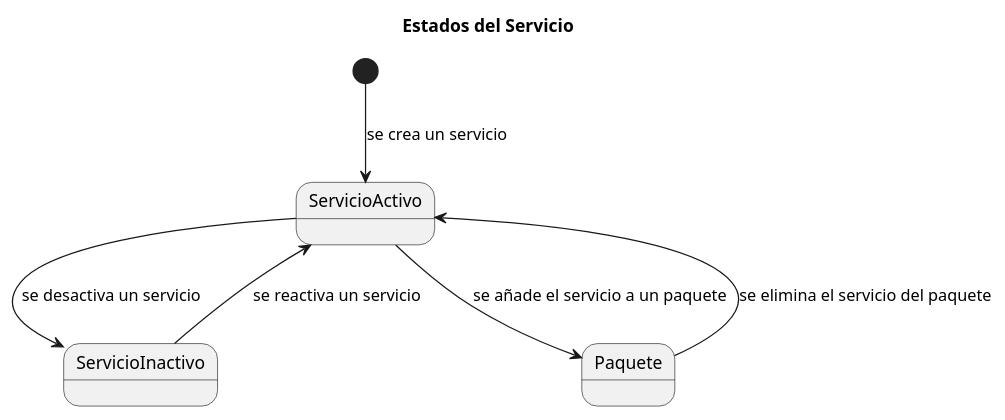
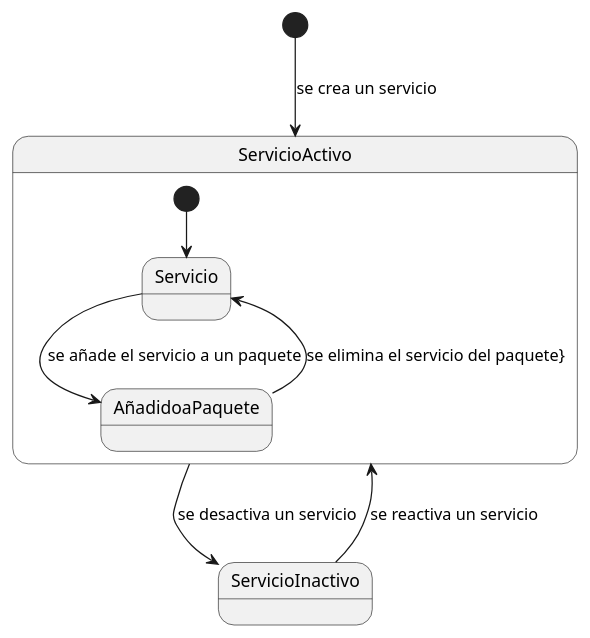
One commit to mmasias/23-24-IdSw1-SDR changed the diagram in Modelo_de_Dominio/Diagramas_de_Estado/Cuarta_Iteración/Servicios/Diagrama_de_Estados_Servicios.puml. Above: the diagram before and after it, drawn with PlantUML. The commit also changed 1 other file, not shown here.

Commit message:
2º iteración diagrama de estados de servicios

```diff
--- a/Modelo_de_Dominio/Diagramas_de_Estado/Cuarta_Iteración/Servicios/Diagrama_de_Estados_Servicios.puml
+++ b/Modelo_de_Dominio/Diagramas_de_Estado/Cuarta_Iteración/Servicios/Diagrama_de_Estados_Servicios.puml
@@ -1,11 +1,11 @@
-@startuml
+[*] --> ServicioActivo : se crea un servicio
 
-Title Estados del Servicio
-
-[*] --> ServicioActivo : se crea un servicio
 ServicioActivo--> ServicioInactivo : se desactiva un servicio
 ServicioInactivo--> ServicioActivo : se reactiva un servicio
-ServicioActivo-->Paquete :se añade el servicio a un paquete
-Paquete --> ServicioActivo : se elimina el servicio del paquete
+State ServicioActivo{
+[*]-->Servicio
+Servicio-->AñadidoaPaquete :se añade el servicio a un paquete
+AñadidoaPaquete --> Servicio : se elimina el servicio del paquete}
+
 
 @enduml
```
